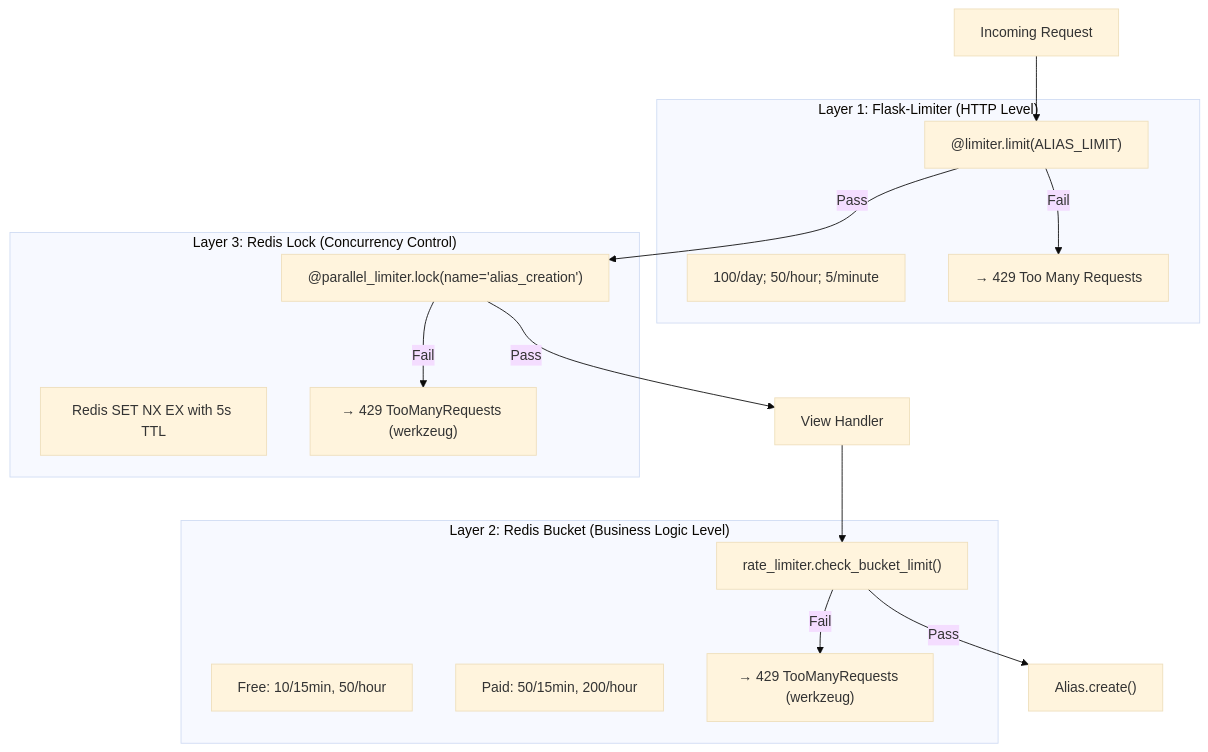
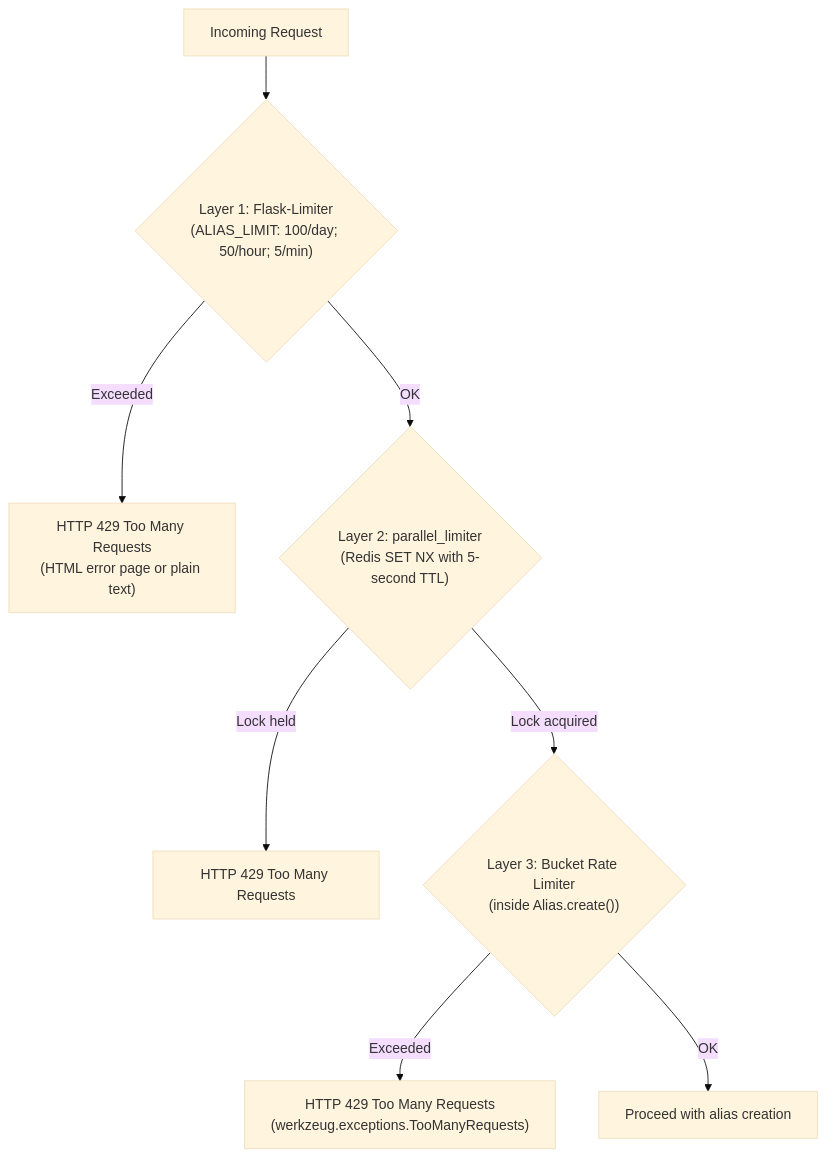
Before and after one commit to blitzy-research/app: the third of 4 diagrams in blitzy/documentation/app_2cd6ee777f8c.md, drawn with Mermaid (base theme). The commit also changed other lines of this file, not shown here.

First line of the commit message:
Add comprehensive alias-creation flow documentation

````diff
--- a/blitzy/documentation/app_2cd6ee777f8c.md
+++ b/blitzy/documentation/app_2cd6ee777f8c.md
@@ -703,29 +584,10 @@
 ```mermaid
 flowchart TD
-    subgraph "Layer 1: Flask-Limiter (HTTP Level)"
-        L1["@limiter.limit(ALIAS_LIMIT)"]
-        L1_config["100/day; 50/hour; 5/minute"]
-        L1_err["→ 429 Too Many Requests"]
-    end
-    subgraph "Layer 2: Redis Bucket (Business Logic Level)"
-        L2["rate_limiter.check_bucket_limit()"]
-        L2_free["Free: 10/15min, 50/hour"]
-        L2_paid["Paid: 50/15min, 200/hour"]
-        L2_err["→ 429 TooManyRequests (werkzeug)"]
-    end
-    subgraph "Layer 3: Redis Lock (Concurrency Control)"
-        L3["@parallel_limiter.lock(name='alias_creation')"]
-        L3_config["Redis SET NX EX with 5s TTL"]
-        L3_err["→ 429 TooManyRequests (werkzeug)"]
-    end
-
-    Request["Incoming Request"] --> L1
-    L1 -->|Pass| L3
-    L3 -->|Pass| Handler["View Handler"]
-    Handler --> L2
-    L2 -->|Pass| Create["Alias.create()"]
-
-    L1 -->|Fail| L1_err
-    L3 -->|Fail| L3_err
-    L2 -->|Fail| L2_err
+    REQ["Incoming Request"] --> L1{"Layer 1: Flask-Limiter\n(ALIAS_LIMIT: 100/day; 50/hour; 5/min)"}
+    L1 -- Exceeded --> E1["HTTP 429 Too Many Requests\n(HTML error page or plain text)"]
+    L1 -- OK --> L2{"Layer 2: parallel_limiter\n(Redis SET NX with 5-second TTL)"}
+    L2 -- Lock held --> E2["HTTP 429 Too Many Requests"]
+    L2 -- Lock acquired --> L3{"Layer 3: Bucket Rate Limiter\n(inside Alias.create())"}
+    L3 -- Exceeded --> E3["HTTP 429 Too Many Requests\n(werkzeug.exceptions.TooManyRequests)"]
+    L3 -- OK --> CREATE["Proceed with alias creation"]
 ```
````
